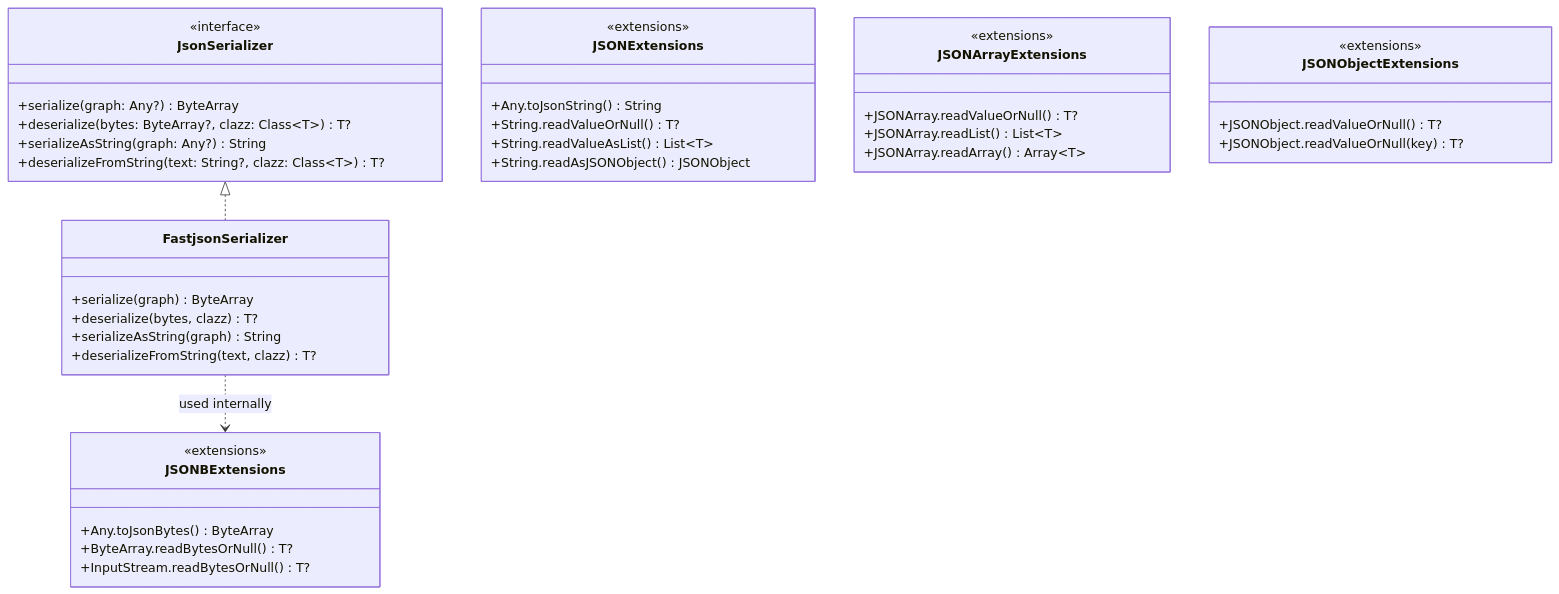
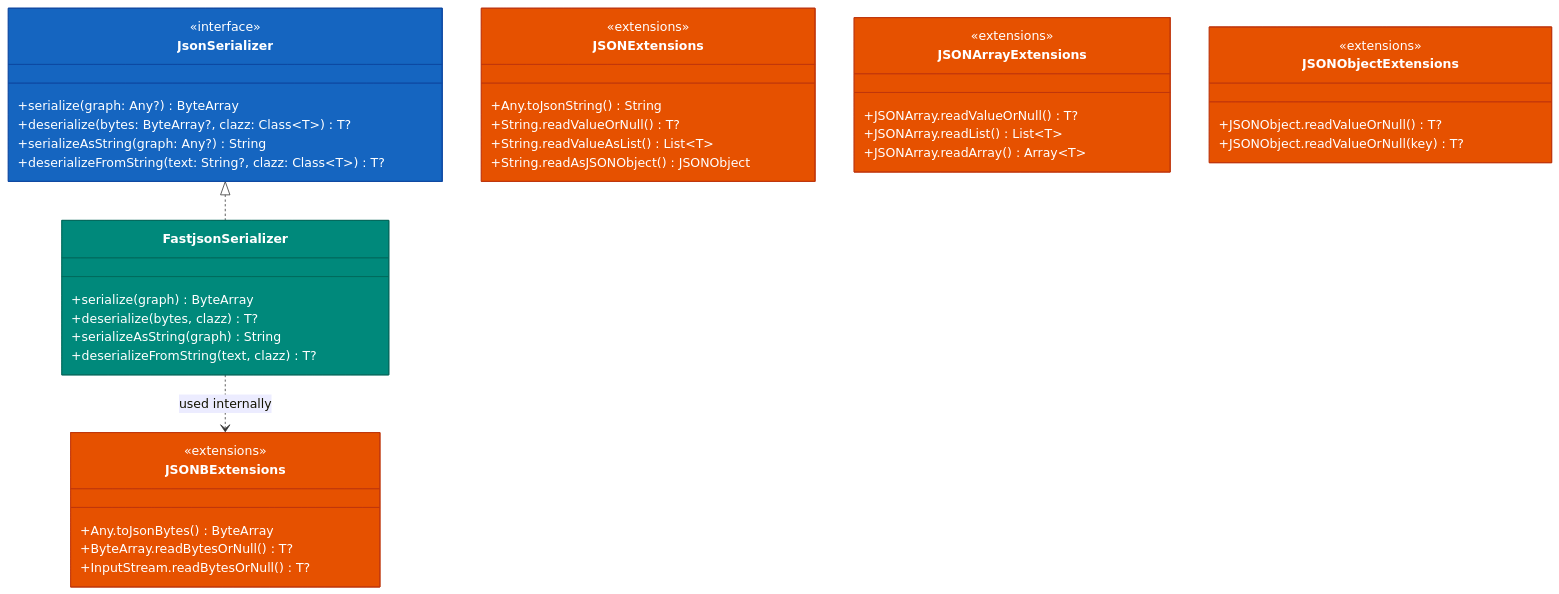
Before and after one commit to bluetape4k/bluetape4k-projects: the first of 2 diagrams in io/fastjson2/README.md, drawn with Mermaid. The commit also changed other lines of this file and 221 other files, not shown here.

First line of the commit message:
docs: 전체 모듈 README UML 다이어그램 보강 및 색상 업그레이드

````diff
--- a/io/fastjson2/README.md
+++ b/io/fastjson2/README.md
@@ -129,49 +129,55 @@
 ```mermaid
 classDiagram
     class JsonSerializer {
         <<interface>>
         +serialize(graph: Any?) ByteArray
         +deserialize(bytes: ByteArray?, clazz: Class~T~) T?
         +serializeAsString(graph: Any?) String
         +deserializeFromString(text: String?, clazz: Class~T~) T?
     }
 
     class FastjsonSerializer {
         +serialize(graph) ByteArray
         +deserialize(bytes, clazz) T?
         +serializeAsString(graph) String
         +deserializeFromString(text, clazz) T?
     }
 
     class JSONExtensions {
         <<extensions>>
         +Any.toJsonString() String
         +String.readValueOrNull() T?
         +String.readValueAsList() List~T~
         +String.readAsJSONObject() JSONObject
     }
 
     class JSONBExtensions {
         <<extensions>>
         +Any.toJsonBytes() ByteArray
         +ByteArray.readBytesOrNull() T?
         +InputStream.readBytesOrNull() T?
     }
 
     class JSONArrayExtensions {
         <<extensions>>
         +JSONArray.readValueOrNull() T?
         +JSONArray.readList() List~T~
         +JSONArray.readArray() Array~T~
     }
 
     class JSONObjectExtensions {
         <<extensions>>
         +JSONObject.readValueOrNull() T?
         +JSONObject.readValueOrNull(key) T?
     }
 
     JsonSerializer <|.. FastjsonSerializer
     FastjsonSerializer ..> JSONBExtensions : used internally
 
+    style JsonSerializer fill:#1565C0,stroke:#0D47A1,color:#FFFFFF
+    style FastjsonSerializer fill:#00897B,stroke:#00695C,color:#FFFFFF
+    style JSONExtensions fill:#E65100,stroke:#BF360C,color:#FFFFFF
+    style JSONBExtensions fill:#E65100,stroke:#BF360C,color:#FFFFFF
+    style JSONArrayExtensions fill:#E65100,stroke:#BF360C,color:#FFFFFF
+    style JSONObjectExtensions fill:#E65100,stroke:#BF360C,color:#FFFFFF
 ```
````
